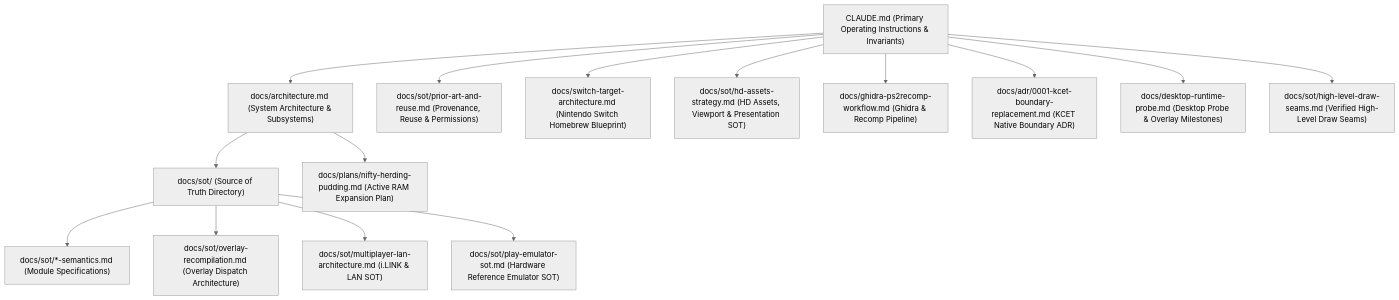
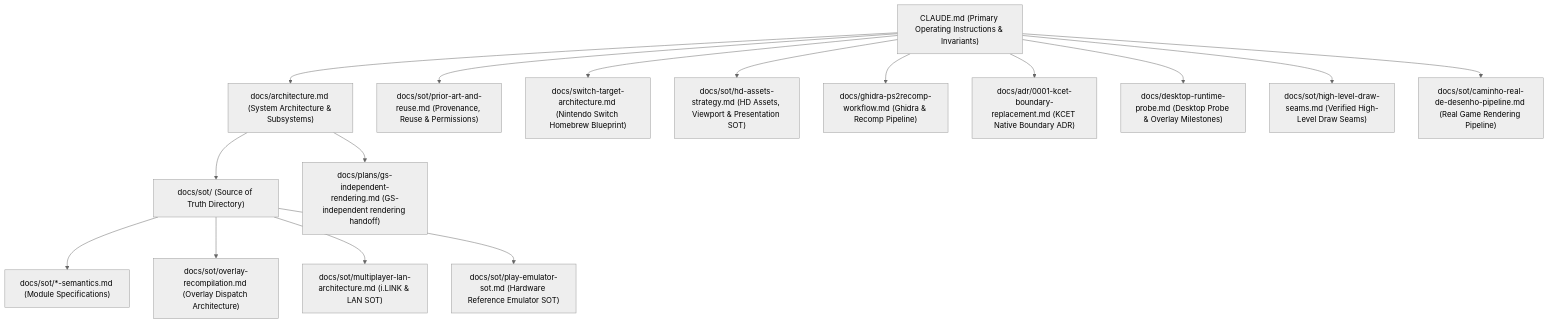
One commit to samuelcaldas/aoe2-ps2-recomp changed the diagram in docs/README.md. Above: the diagram before and after it, drawn with Mermaid (neutral theme). The commit also changed other lines of this file and 9 other files, not shown here.

First line of the commit message:
Add detailed documentation on rendering pipeline and GS-independent presentation

````diff
--- a/docs/README.md
+++ b/docs/README.md
@@ -9,19 +9,20 @@
 ```mermaid
 flowchart TD
     ROOT["CLAUDE.md (Primary Operating Instructions & Invariants)"] --> ARCH["docs/architecture.md (System Architecture & Subsystems)"]
     ROOT --> SOT_PRIOR["docs/sot/prior-art-and-reuse.md (Provenance, Reuse & Permissions)"]
     ROOT --> SWITCH["docs/switch-target-architecture.md (Nintendo Switch Homebrew Blueprint)"]
     ROOT --> HD_STRAT["docs/sot/hd-assets-strategy.md (HD Assets, Viewport & Presentation SOT)"]
     ROOT --> WORKFLOW["docs/ghidra-ps2recomp-workflow.md (Ghidra & Recomp Pipeline)"]
     ROOT --> ADR["docs/adr/0001-kcet-boundary-replacement.md (KCET Native Boundary ADR)"]
     ROOT --> PROBE["docs/desktop-runtime-probe.md (Desktop Probe & Overlay Milestones)"]
     ROOT --> DRAW_SEAMS["docs/sot/high-level-draw-seams.md (Verified High-Level Draw Seams)"]
+    ROOT --> DRAW_PIPELINE["docs/sot/caminho-real-de-desenho-pipeline.md (Real Game Rendering Pipeline)"]
 
     ARCH --> SOT_INDEX["docs/sot/ (Source of Truth Directory)"]
     SOT_INDEX --> SOT_SEMANTICS["docs/sot/*-semantics.md (Module Specifications)"]
     SOT_INDEX --> SOT_OVERLAY["docs/sot/overlay-recompilation.md (Overlay Dispatch Architecture)"]
     SOT_INDEX --> SOT_LAN["docs/sot/multiplayer-lan-architecture.md (i.LINK & LAN SOT)"]
     SOT_INDEX --> SOT_PLAY["docs/sot/play-emulator-sot.md (Hardware Reference Emulator SOT)"]
 
-    ARCH --> ACTIVE_PLAN["docs/plans/nifty-herding-pudding.md (Active RAM Expansion Plan)"]
+    ARCH --> ACTIVE_PLAN["docs/plans/gs-independent-rendering.md (GS-independent rendering handoff)"]
 ```
````
